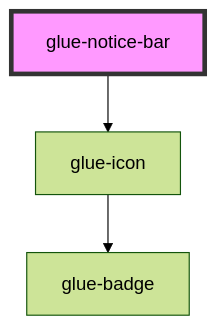
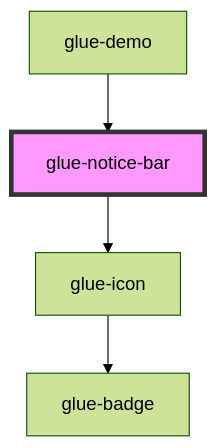
The diagram in packages/glue-components/src/components/glue-notice-bar/readme.md (grasilife/glue), drawn with Mermaid (forest theme) before and after one commit. The commit also changed other lines of this file and 7 other files, not shown here.

````diff
--- a/packages/glue-components/src/components/glue-notice-bar/readme.md
+++ b/packages/glue-components/src/components/glue-notice-bar/readme.md
@@ -38,6 +43,7 @@
 ```mermaid
 graph TD;
   glue-notice-bar --> glue-icon
   glue-icon --> glue-badge
+  glue-demo --> glue-notice-bar
   style glue-notice-bar fill:#f9f,stroke:#333,stroke-width:4px
 ```
````
